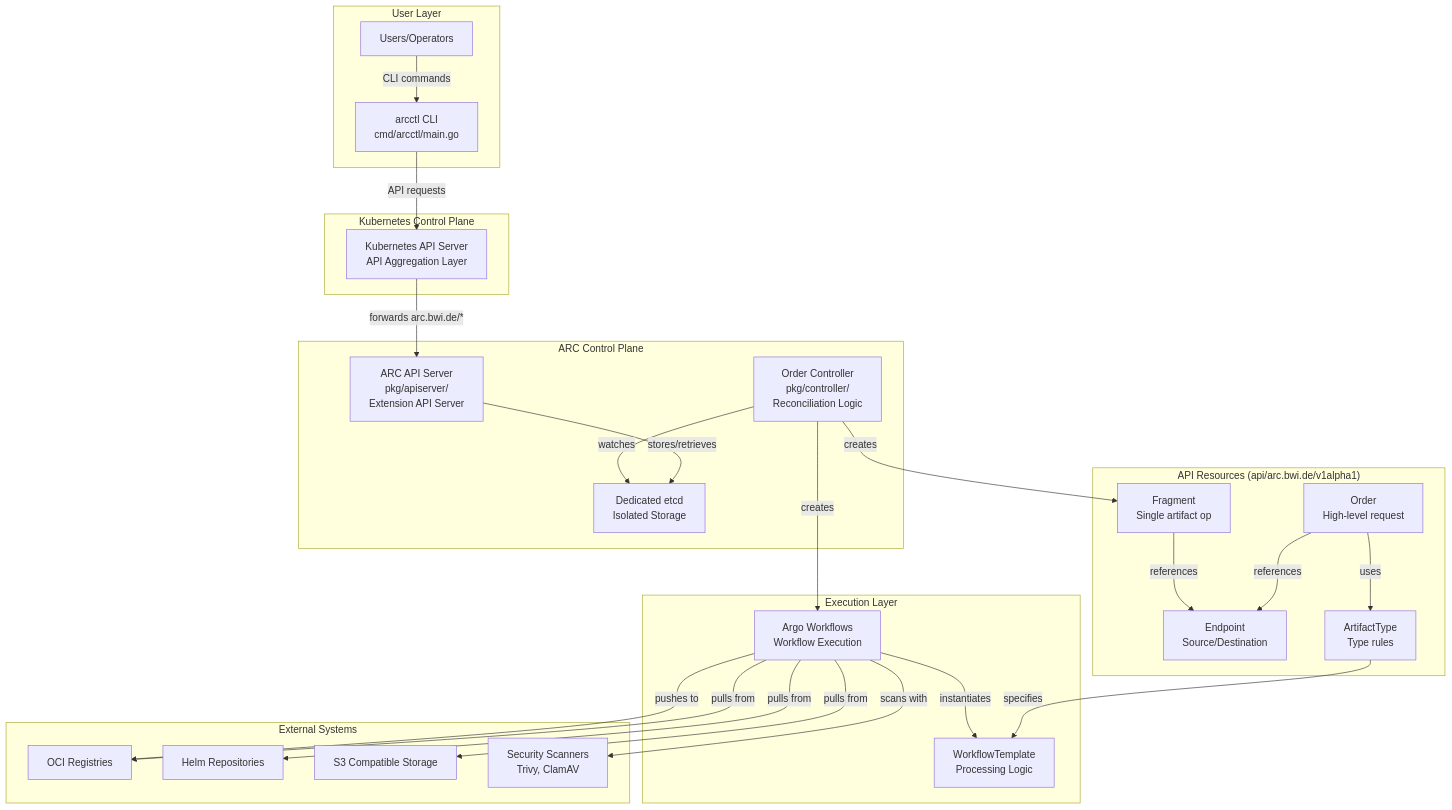
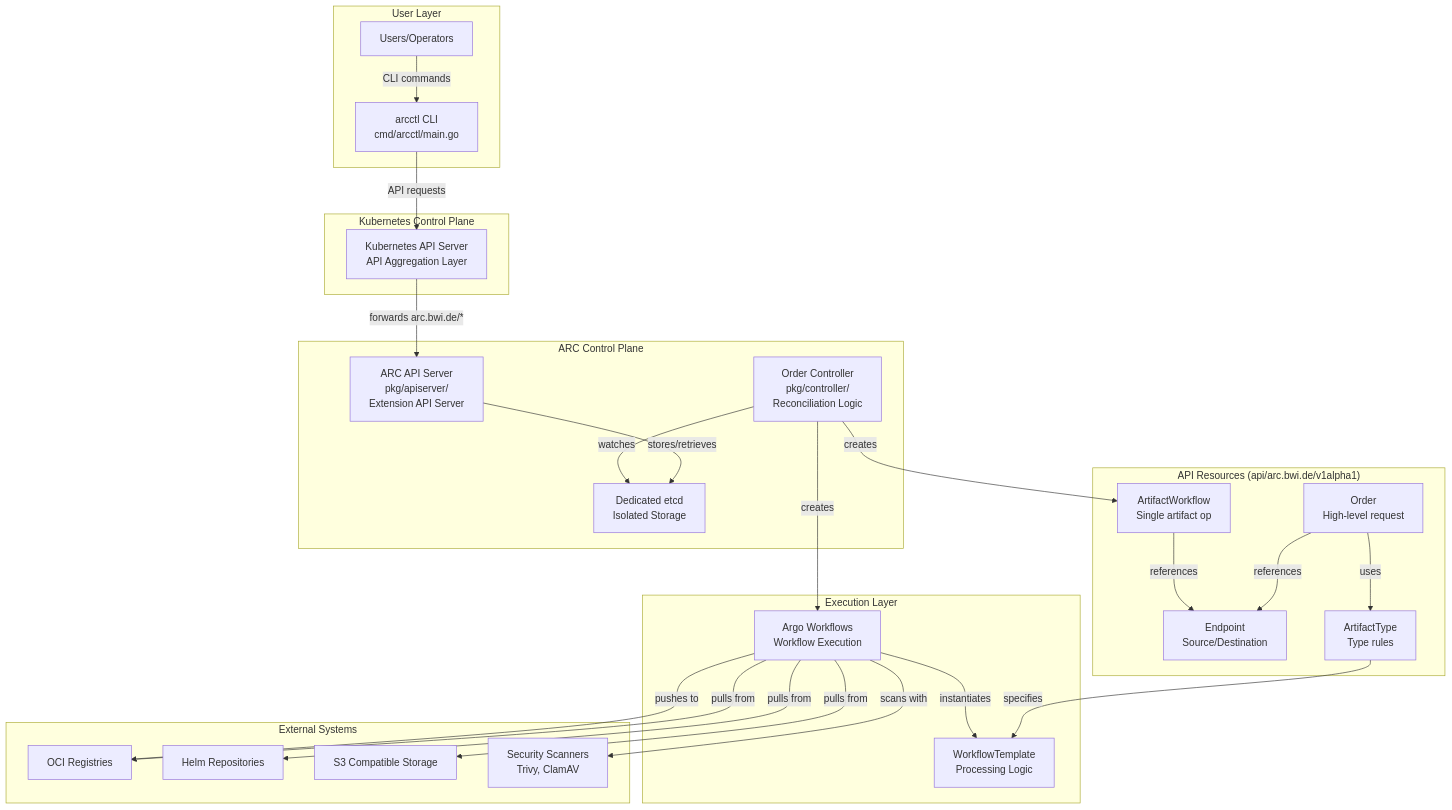
The first of 3 diagrams in docs/index.md (opendefensecloud/artifact-conduit), drawn with Mermaid before and after one commit. The commit also changed other lines of this file and 53 other files, not shown here.

````diff
--- a/docs/index.md
+++ b/docs/index.md
@@ -19,59 +19,59 @@
 ```mermaid
 graph TB
     subgraph "User Layer"
         Users["Users/Operators"]
         arcctl["arcctl CLI<br/>cmd/arcctl/main.go"]
     end
     
     subgraph "Kubernetes Control Plane"
         K8sAPI["Kubernetes API Server<br/>API Aggregation Layer"]
     end
     
     subgraph "ARC Control Plane"
         ARCAPI["ARC API Server<br/>pkg/apiserver/<br/>Extension API Server"]
         etcdStore["Dedicated etcd<br/>Isolated Storage"]
         OrderCtrl["Order Controller<br/>pkg/controller/<br/>Reconciliation Logic"]
     end
     
     subgraph "API Resources (api/arc.bwi.de/v1alpha1)"
         Order["Order<br/>High-level request"]
-        Fragment["Fragment<br/>Single artifact op"]
+        ArtifactWorkflow["ArtifactWorkflow<br/>Single artifact op"]
         Endpoint["Endpoint<br/>Source/Destination"]
         ATD["ArtifactType<br/>Type rules"]
     end
     
     subgraph "Execution Layer"
         ArgoWorkflows["Argo Workflows<br/>Workflow Execution"]
         WorkflowTemplates["WorkflowTemplate<br/>Processing Logic"]
     end
     
     subgraph "External Systems"
         OCIReg["OCI Registries"]
         HelmRepo["Helm Repositories"]
         S3Storage["S3 Compatible Storage"]
         Scanners["Security Scanners<br/>Trivy, ClamAV"]
     end
     
     Users -->|"CLI commands"| arcctl
     arcctl -->|"API requests"| K8sAPI
     
     K8sAPI -->|"forwards arc.bwi.de/*"| ARCAPI
     ARCAPI -->|"stores/retrieves"| etcdStore
     
     OrderCtrl -->|"watches"| etcdStore
-    OrderCtrl -->|"creates"| Fragment
+    OrderCtrl -->|"creates"| ArtifactWorkflow
     OrderCtrl -->|"creates"| ArgoWorkflows
     
     Order -->|"references"| Endpoint
     Order -->|"uses"| ATD
-    Fragment -->|"references"| Endpoint
+    ArtifactWorkflow -->|"references"| Endpoint
     
     ATD -->|"specifies"| WorkflowTemplates
     ArgoWorkflows -->|"instantiates"| WorkflowTemplates
     
     ArgoWorkflows -->|"pulls from"| OCIReg
     ArgoWorkflows -->|"pulls from"| HelmRepo
     ArgoWorkflows -->|"pulls from"| S3Storage
     ArgoWorkflows -->|"scans with"| Scanners
     ArgoWorkflows -->|"pushes to"| OCIReg
 ```
````
